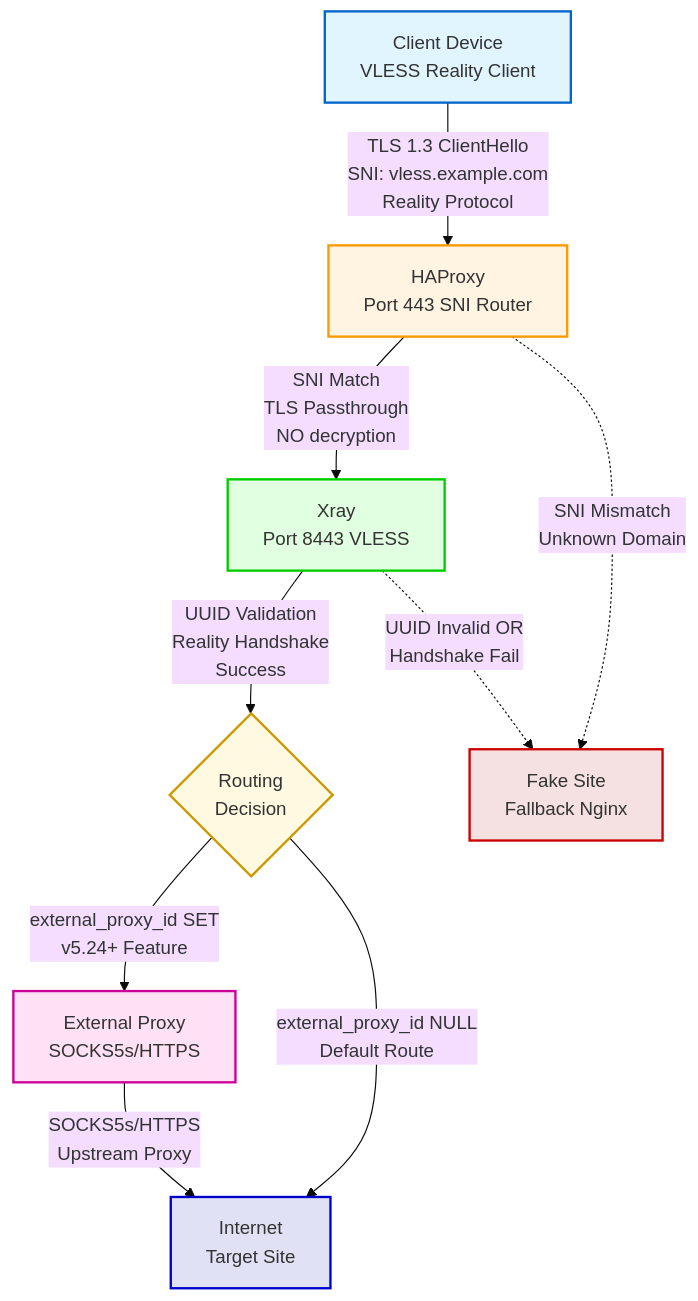
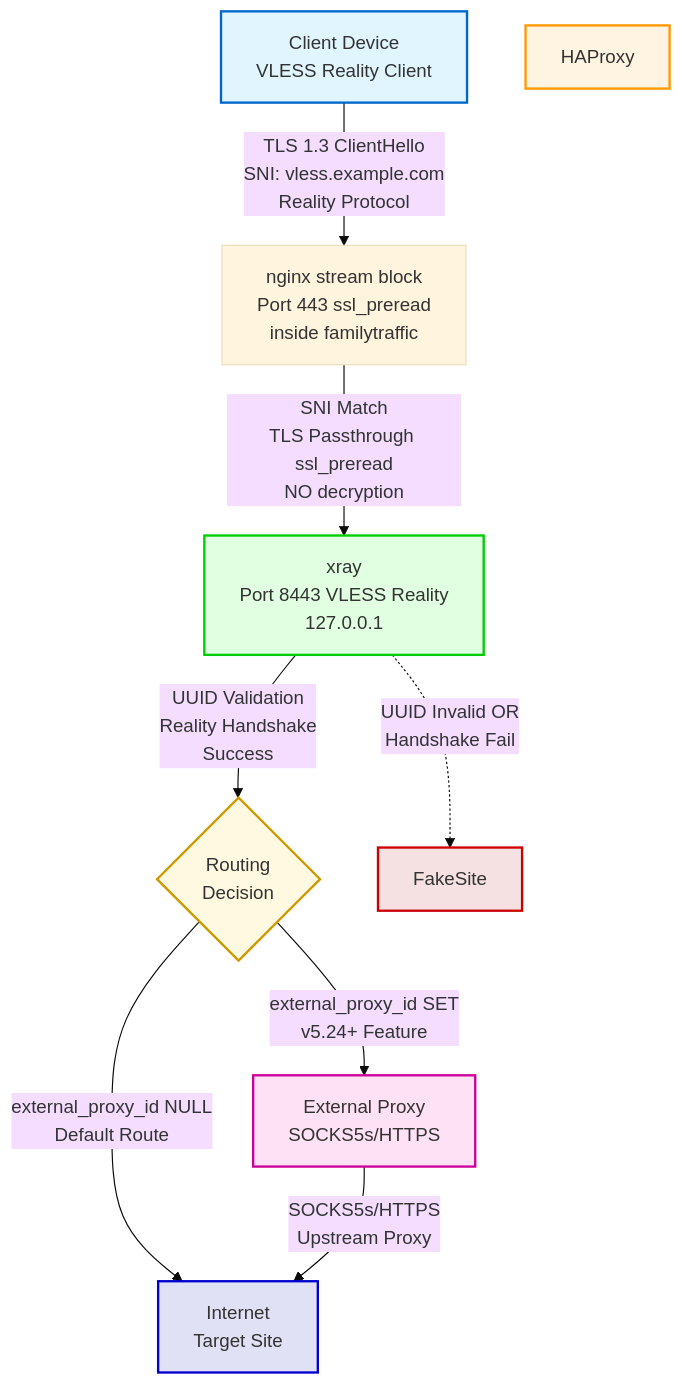
The first of 8 diagrams in docs/architecture/diagrams/data-flows/vless-reality-flow.md (ikeniborn/vless), drawn with Mermaid (base theme) before and after one commit. The commit also changed other lines of this file and 24 other files, not shown here.

First line of the commit message:
refactor(docs+scripts): replace vless project references with familytraffic, update to v5.33 arch

````diff
--- a/docs/architecture/diagrams/data-flows/vless-reality-flow.md
+++ b/docs/architecture/diagrams/data-flows/vless-reality-flow.md
@@ -17,31 +17,29 @@
 ```mermaid
 graph TB
     Client[Client Device<br/>VLESS Reality Client]
-    HAProxy[HAProxy<br/>Port 443 SNI Router]
-    Xray[Xray<br/>Port 8443 VLESS]
+    Nginx[nginx stream block<br/>Port 443 ssl_preread<br/>inside familytraffic]
+    Xray[xray<br/>Port 8443 VLESS Reality<br/>127.0.0.1]
     RoutingDecision{Routing<br/>Decision}
     ExtProxy[External Proxy<br/>SOCKS5s/HTTPS]
     Internet[Internet<br/>Target Site]
-    FakeSite[Fake Site<br/>Fallback Nginx]
 
-    Client -->|TLS 1.3 ClientHello<br/>SNI: vless.example.com<br/>Reality Protocol| HAProxy
+    Client -->|TLS 1.3 ClientHello<br/>SNI: vless.example.com<br/>Reality Protocol| Nginx
 
-    HAProxy -->|SNI Match<br/>TLS Passthrough<br/>NO decryption| Xray
-    HAProxy -.->|SNI Mismatch<br/>Unknown Domain| FakeSite
+    Nginx -->|SNI Match<br/>TLS Passthrough ssl_preread<br/>NO decryption| Xray
 
     Xray -->|UUID Validation<br/>Reality Handshake<br/>Success| RoutingDecision
     Xray -.->|UUID Invalid OR<br/>Handshake Fail| FakeSite
 
     RoutingDecision -->|external_proxy_id SET<br/>v5.24+ Feature| ExtProxy
     RoutingDecision -->|external_proxy_id NULL<br/>Default Route| Internet
 
     ExtProxy -->|SOCKS5s/HTTPS<br/>Upstream Proxy| Internet
 
     style Client fill:#e1f5ff,stroke:#0066cc,stroke-width:2px
     style HAProxy fill:#fff4e1,stroke:#ff9900,stroke-width:2px
     style Xray fill:#e1ffe1,stroke:#00cc00,stroke-width:2px
     style ExtProxy fill:#ffe1f5,stroke:#cc0099,stroke-width:2px
     style FakeSite fill:#f5e1e1,stroke:#cc0000,stroke-width:2px
     style Internet fill:#e1e1f5,stroke:#0000cc,stroke-width:2px
     style RoutingDecision fill:#fff9e1,stroke:#cc9900,stroke-width:2px
 ```
````
